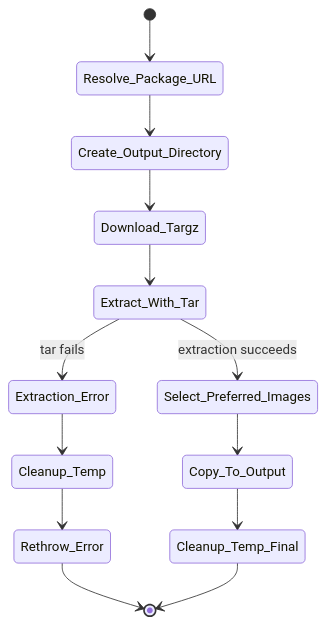
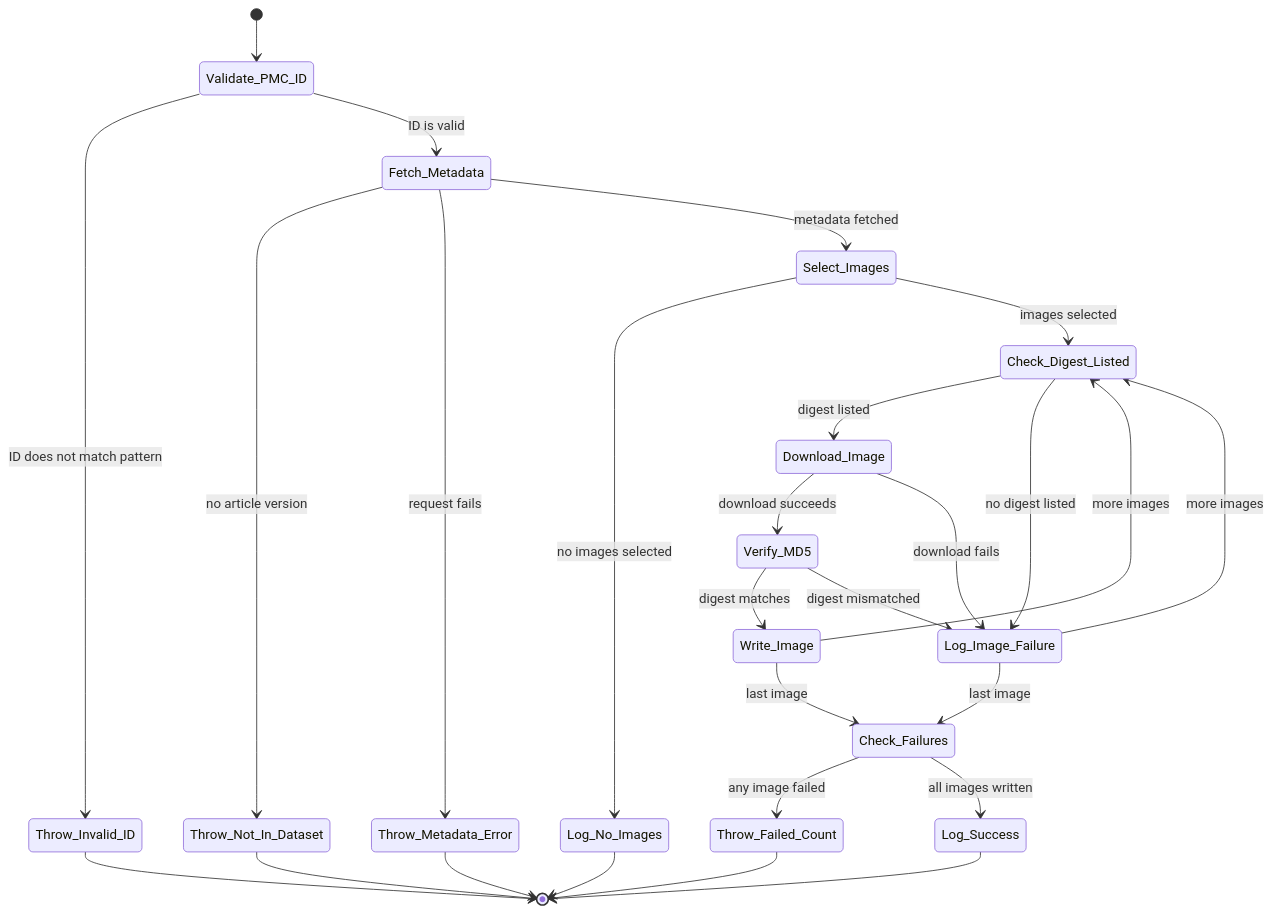
Before and after one commit to AlexJSully/Publication-Figure-Retrieval: the fifth of 12 diagrams in docs/architecture/pipelines.md, drawn with Mermaid. The commit also changed other lines of this file and 28 other files, not shown here.

First line of the commit message:
Fix unable to retrieve figure publication images (#242)

````diff
--- a/docs/architecture/pipelines.md
+++ b/docs/architecture/pipelines.md
@@ -134,20 +134,36 @@
 ```mermaid
 stateDiagram-v2
-    accTitle: Article Package Download and Extraction States
-    accDescr: For each article the tool resolves the OA package URL, creates the output directory, downloads the .tar.gz package, and extracts it with tar. If extraction fails, the temporary directory is removed and the error is rethrown to the caller. On success the tool selects the highest-priority image per basename, copies the selected images to the output directory, and removes the temporary files. There is no per-figure retry or HTTP status handling.
+    accTitle: Article Image Download States
+    accDescr: For each article the tool first validates the PMC ID and throws an error if it is not PMC followed by digits, or digits alone. It then fetches the article metadata through the throttle. If the article has no version in the PMC Article Datasets it throws ArticleNotInDatasetError, and if a request to the bucket fails it throws an error. With metadata in hand it selects images; if none are selected it logs that no images were found and finishes. Otherwise, for each image in turn, it first checks that the metadata lists an MD5 digest for it; an image without one is not downloaded. It then downloads the image and verifies its MD5 digest. A verified image is written to the output directory, which is created on the first write. A missing digest, a failed download, or a digest mismatch is logged and the tool moves on to the next image. After the last image, the tool throws an error naming how many images failed if any did; otherwise it logs success and finishes. There is no per-image retry within a run.
 
-    [*] --> Resolve_Package_URL
-    Resolve_Package_URL --> Create_Output_Directory
-    Create_Output_Directory --> Download_Targz
-    Download_Targz --> Extract_With_Tar
+    [*] --> Validate_PMC_ID
+    Validate_PMC_ID --> Throw_Invalid_ID : ID does not match pattern
+    Throw_Invalid_ID --> [*]
+    Validate_PMC_ID --> Fetch_Metadata : ID is valid
 
-    Extract_With_Tar --> Extraction_Error : tar fails
-    Extraction_Error --> Cleanup_Temp
-    Cleanup_Temp --> Rethrow_Error
-    Rethrow_Error --> [*]
+    Fetch_Metadata --> Throw_Not_In_Dataset : no article version
+    Throw_Not_In_Dataset --> [*]
+    Fetch_Metadata --> Throw_Metadata_Error : request fails
+    Throw_Metadata_Error --> [*]
+    Fetch_Metadata --> Select_Images : metadata fetched
 
-    Extract_With_Tar --> Select_Preferred_Images : extraction succeeds
-    Select_Preferred_Images --> Copy_To_Output
-    Copy_To_Output --> Cleanup_Temp_Final
-    Cleanup_Temp_Final --> [*]
+    Select_Images --> Log_No_Images : no images selected
+    Log_No_Images --> [*]
+    Select_Images --> Check_Digest_Listed : images selected
+
+    Check_Digest_Listed --> Download_Image : digest listed
+    Check_Digest_Listed --> Log_Image_Failure : no digest listed
+    Download_Image --> Verify_MD5 : download succeeds
+    Download_Image --> Log_Image_Failure : download fails
+    Verify_MD5 --> Write_Image : digest matches
+    Verify_MD5 --> Log_Image_Failure : digest mismatched
+    Write_Image --> Check_Digest_Listed : more images
+    Log_Image_Failure --> Check_Digest_Listed : more images
+    Write_Image --> Check_Failures : last image
+    Log_Image_Failure --> Check_Failures : last image
+
+    Check_Failures --> Throw_Failed_Count : any image failed
+    Throw_Failed_Count --> [*]
+    Check_Failures --> Log_Success : all images written
+    Log_Success --> [*]
 ```
````
